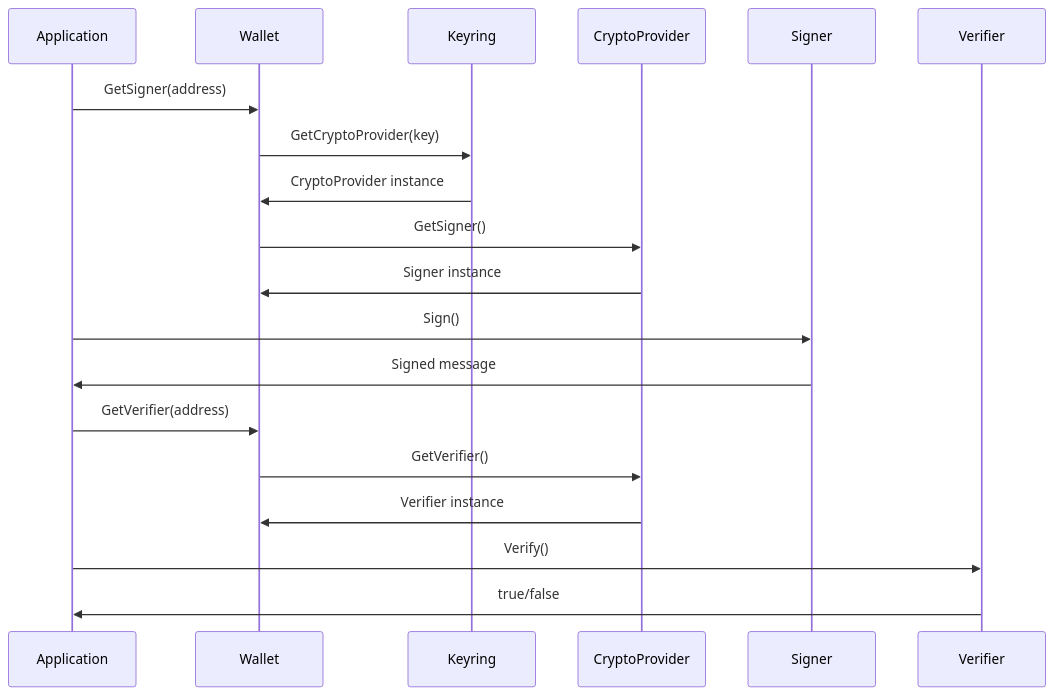
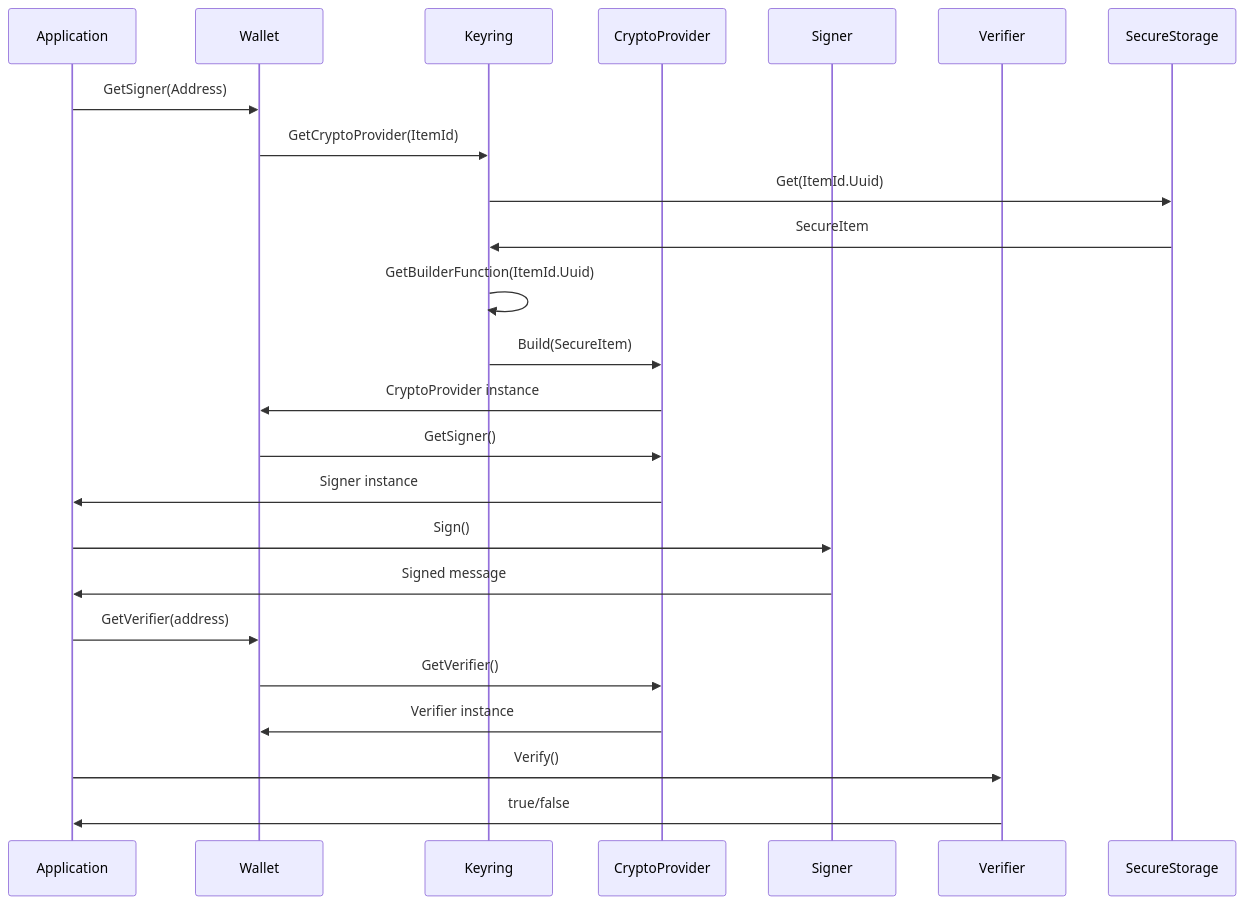
Before and after one commit to Zondax/cosmos-sdk: the fifth of 5 diagrams in crypto/docs/adr.md, drawn with Mermaid. The commit also changed other lines of this file and 3 other files, not shown here.

````diff
--- a/crypto/docs/adr.md
+++ b/crypto/docs/adr.md
@@ -435,22 +453,26 @@
 ```mermaid
 sequenceDiagram
     participant Application
     participant Wallet
     participant Keyring
     participant CryptoProvider
     participant Signer
     participant Verifier
 
-    Application->>Wallet: GetSigner(address)
-    Wallet->>Keyring: GetCryptoProvider(key)
-    Keyring->>Wallet: CryptoProvider instance
+    Application->>Wallet: GetSigner(Address)
+    Wallet->>Keyring: GetCryptoProvider(ItemId)
+    Keyring->>SecureStorage: Get(ItemId.Uuid)
+    SecureStorage->>Keyring: SecureItem
+    Keyring->>Keyring: GetBuilderFunction(ItemId.Uuid)
+    Keyring->>CryptoProvider: Build(SecureItem)
+    CryptoProvider->>Wallet: CryptoProvider instance
     Wallet->>CryptoProvider: GetSigner()
-    CryptoProvider->>Wallet: Signer instance
+    CryptoProvider->>Application: Signer instance
     Application->>Signer: Sign()
     Signer->>Application: Signed message
     Application->>Wallet: GetVerifier(address)
     Wallet->>CryptoProvider: GetVerifier()
     CryptoProvider->>Wallet: Verifier instance
     Application->>Verifier: Verify()
     Verifier->>Application: true/false
 ```
````
